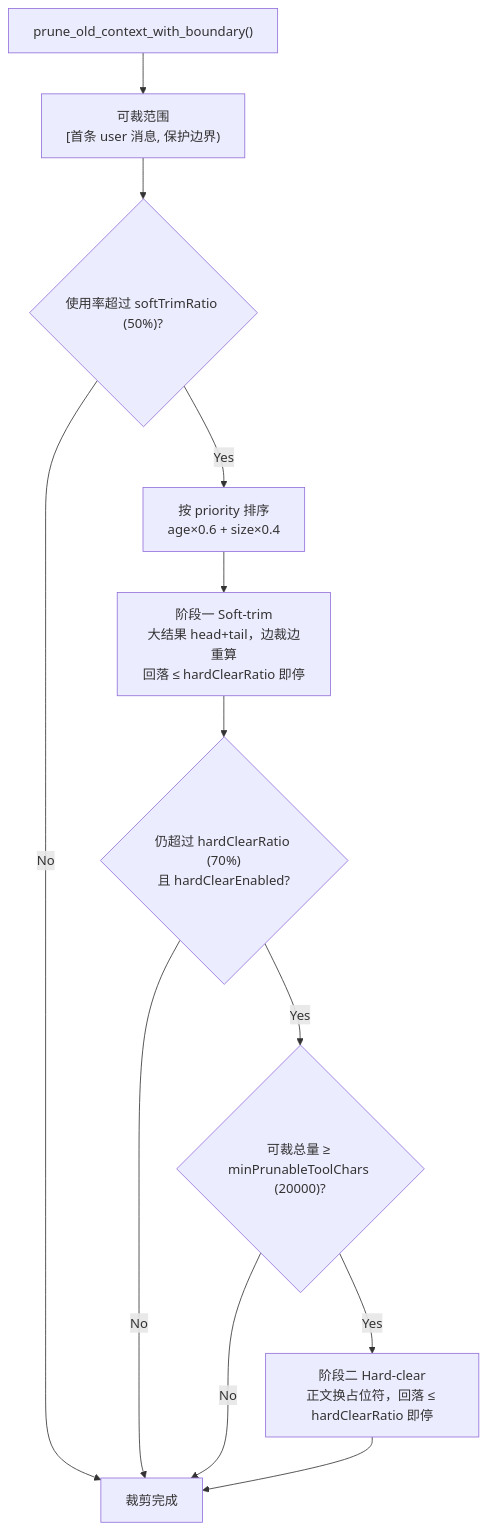
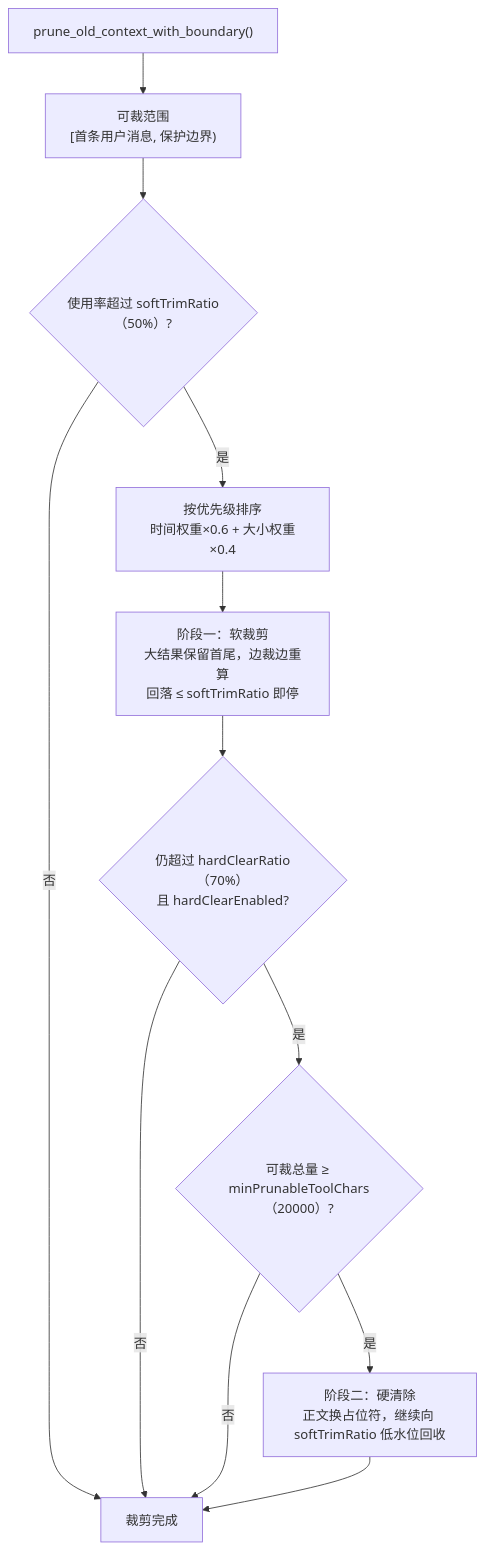
Before and after one commit to shiwenwen/hope-agent: the third of 4 diagrams in docs/architecture/core/context-compact.md, drawn with Mermaid. The commit also changed other lines of this file and 124 other files, not shown here.

````diff
--- a/docs/architecture/core/context-compact.md
+++ b/docs/architecture/core/context-compact.md
@@ -106,14 +155,14 @@
 ```mermaid
 flowchart TD
-    Start["prune_old_context_with_boundary()"] --> Range["可裁范围<br/>[首条 user 消息, 保护边界)"]
-    Range --> Gate0{"使用率超过 softTrimRatio (50%)?"}
-    Gate0 -- No --> Done["裁剪完成"]
-    Gate0 -- Yes --> Sort["按 priority 排序<br/>age×0.6 + size×0.4"]
-    Sort --> Soft["阶段一 Soft-trim<br/>大结果 head+tail，边裁边重算<br/>回落 ≤ hardClearRatio 即停"]
-    Soft --> Gate1{"仍超过 hardClearRatio (70%)<br/>且 hardClearEnabled?"}
-    Gate1 -- No --> Done
-    Gate1 -- Yes --> Gate2{"可裁总量 ≥ minPrunableToolChars (20000)?"}
-    Gate2 -- No --> Done
-    Gate2 -- Yes --> Hard["阶段二 Hard-clear<br/>正文换占位符，回落 ≤ hardClearRatio 即停"]
+    Start["prune_old_context_with_boundary()"] --> Range["可裁范围<br/>[首条用户消息, 保护边界)"]
+    Range --> Gate0{"使用率超过 softTrimRatio（50%）?"}
+    Gate0 -- 否 --> Done["裁剪完成"]
+    Gate0 -- 是 --> Sort["按优先级排序<br/>时间权重×0.6 + 大小权重×0.4"]
+    Sort --> Soft["阶段一：软裁剪<br/>大结果保留首尾，边裁边重算<br/>回落 ≤ softTrimRatio 即停"]
+    Soft --> Gate1{"仍超过 hardClearRatio（70%）<br/>且 hardClearEnabled?"}
+    Gate1 -- 否 --> Done
+    Gate1 -- 是 --> Gate2{"可裁总量 ≥ minPrunableToolChars（20000）?"}
+    Gate2 -- 否 --> Done
+    Gate2 -- 是 --> Hard["阶段二：硬清除<br/>正文换占位符，继续向 softTrimRatio 低水位回收"]
     Hard --> Done
 ```
````
